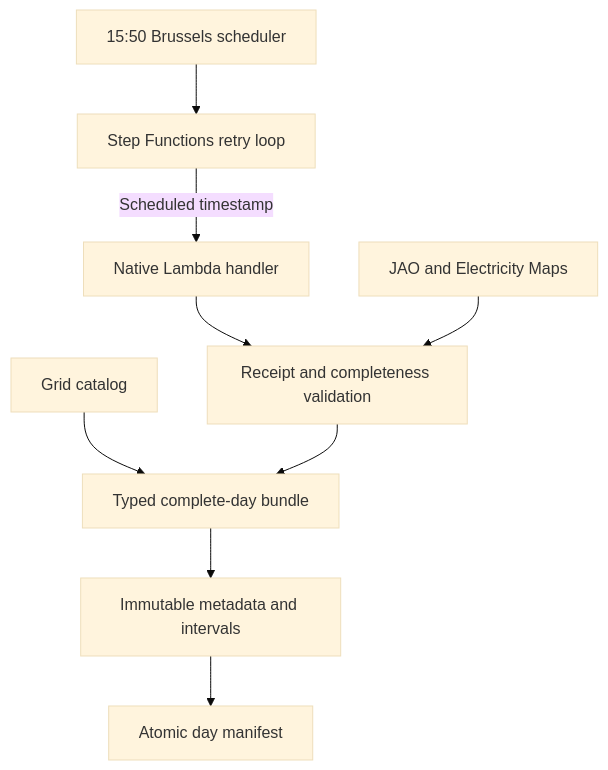
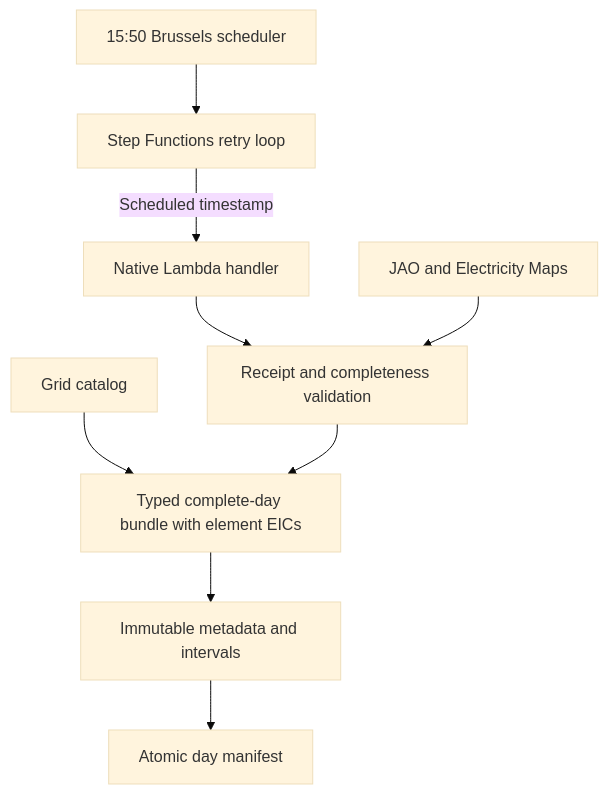
Before and after one commit to zoltanmaric/coppersushi: the diagram in coppersushi/publication/README.md, drawn with Mermaid (base theme). The commit also changed other lines of this file and 23 other files, not shown here.

````diff
--- a/coppersushi/publication/README.md
+++ b/coppersushi/publication/README.md
@@ -10,12 +10,12 @@
 ```mermaid
 flowchart TB
     schedule["15:50 Brussels scheduler"] --> workflow["Step Functions retry loop"]
     workflow -->|Scheduled timestamp| handler["Native Lambda handler"]
     handler --> ready
     sources["JAO and Electricity Maps"] --> ready["Receipt and completeness validation"]
-    catalog["Grid catalog"] --> bundle["Typed complete-day bundle"]
+    catalog["Grid catalog"] --> bundle["Typed complete-day bundle with element EICs"]
     ready --> bundle
     bundle --> files["Immutable metadata and intervals"]
     files --> manifest["Atomic day manifest"]
     click catalog "https://github.com/zoltanmaric/coppersushi/blob/main/coppersushi/grid_catalog/README.md" "Grid catalog architecture"
 ```
````
